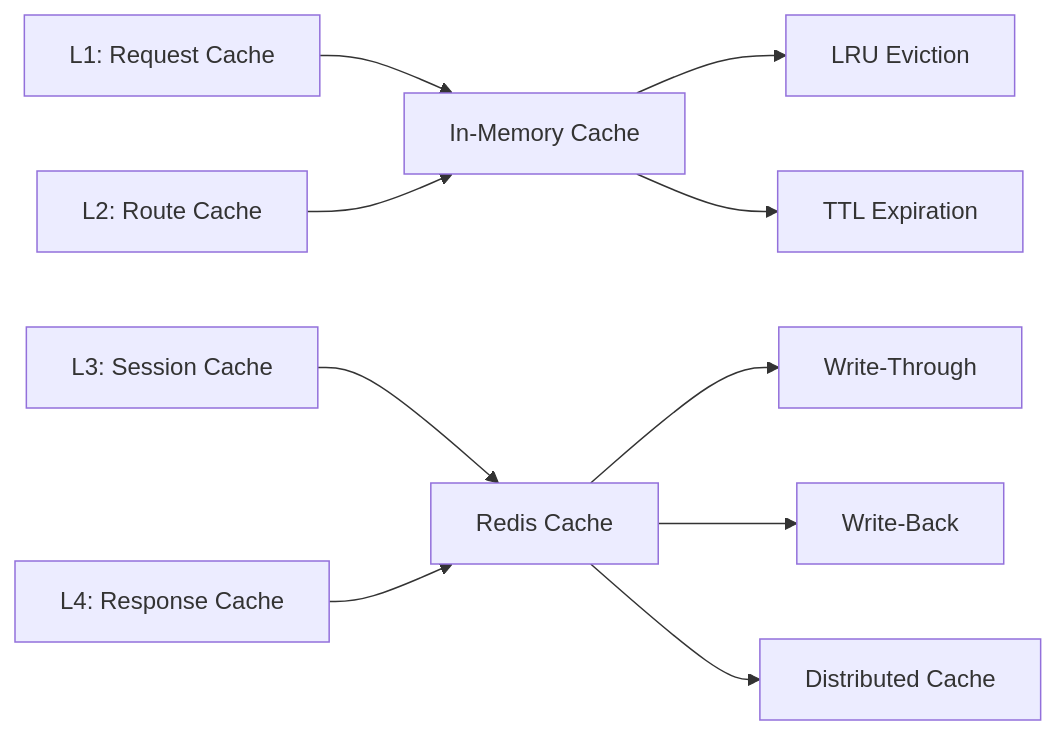
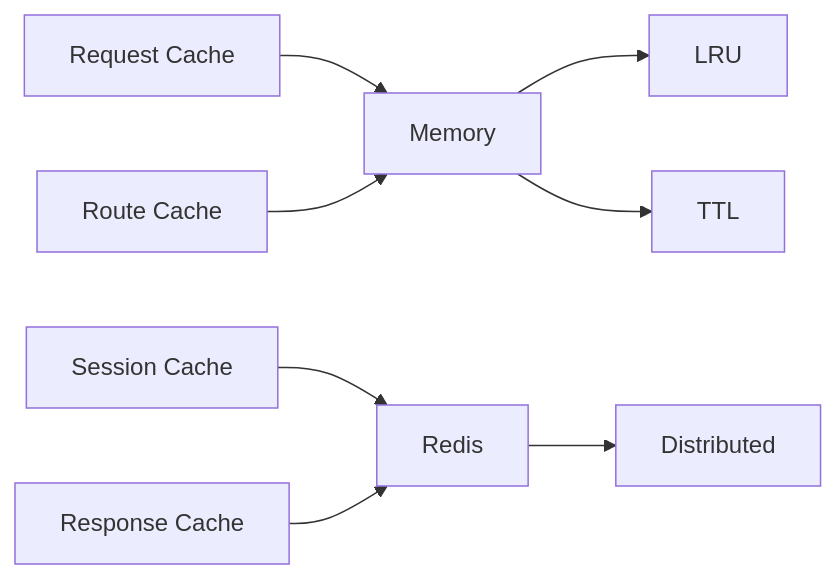
The eighth of 16 diagrams in docs/guide/architecture.md (fluxsce/gateway), drawn with Mermaid before and after one commit. The commit also changed other lines of this file, not shown here.

Commit message:
架构图预览显示问题

````diff
--- a/docs/guide/architecture.md
+++ b/docs/guide/architecture.md
@@ -237,14 +226,11 @@
 ```mermaid
 graph LR
-    L1[L1: Request Cache] --> Memory[In-Memory Cache]
-    L2[L2: Route Cache] --> Memory
-    L3[L3: Session Cache] --> Redis[Redis Cache]
-    L4[L4: Response Cache] --> Redis
+    A[Request Cache] --> B[Memory]
+    C[Route Cache] --> B
+    D[Session Cache] --> E[Redis]
+    F[Response Cache] --> E
     
-    Memory --> LRU[LRU Eviction]
-    Memory --> TTL[TTL Expiration]
-    Redis --> WriteThrough[Write-Through]
-    Redis --> WriteBack[Write-Back]
-    
-    Redis --> Distributed[Distributed Cache]
+    B --> G[LRU]
+    B --> H[TTL]
+    E --> I[Distributed]
 ```
````
